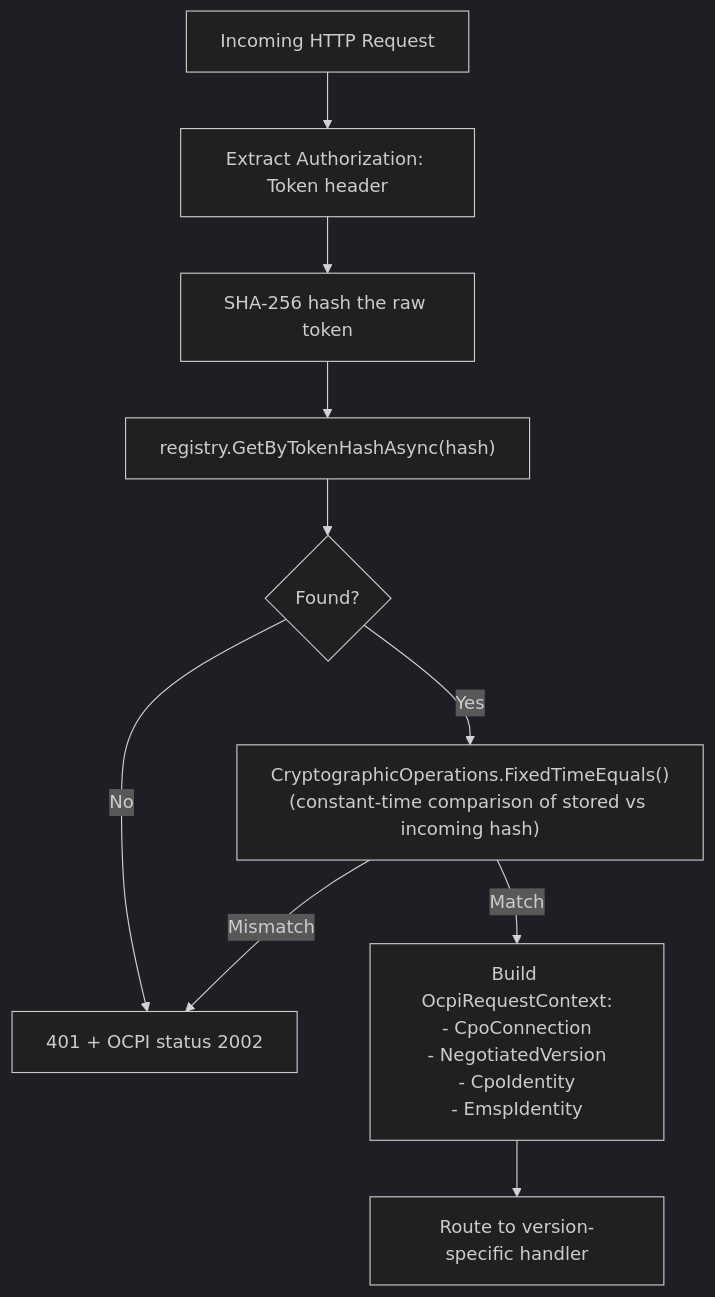
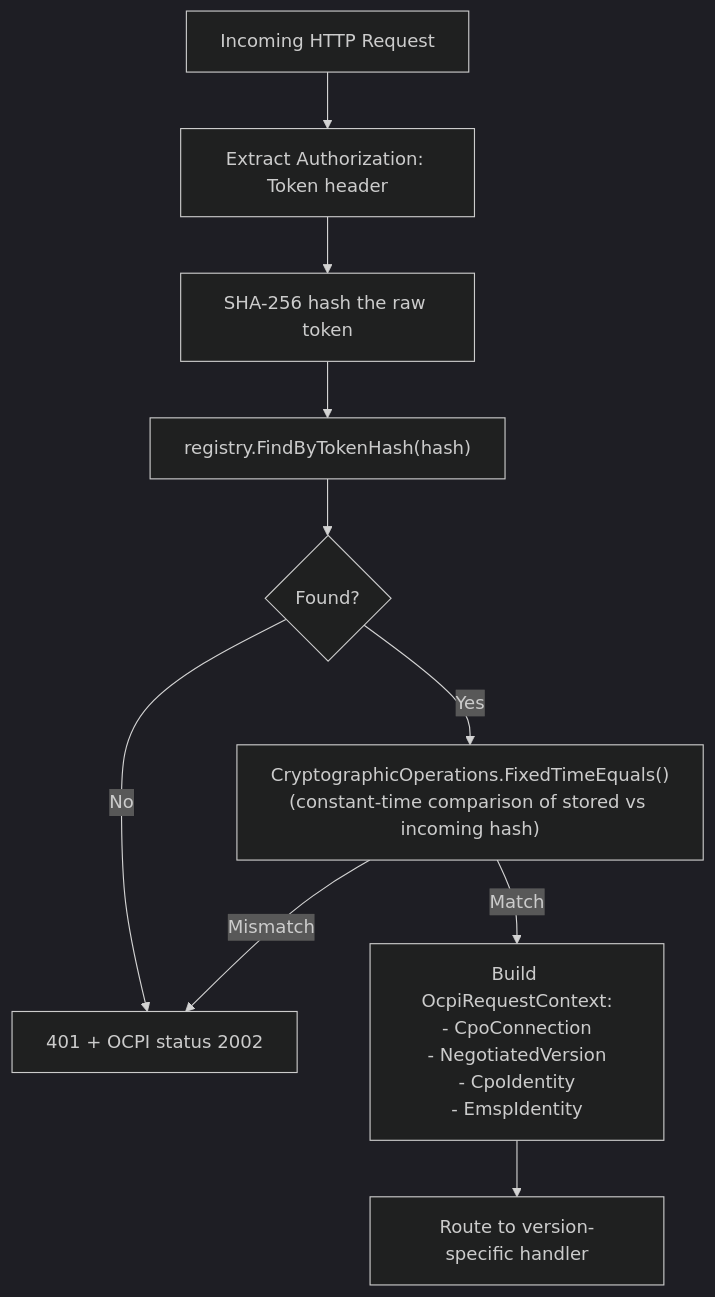
One commit to hannan-m/DotOcpi changed the third of 14 diagrams in docs/cpo-registry.md. Above: the diagram before and after it, drawn with Mermaid (dark theme). The commit also changed other lines of this file and 5 other files, not shown here.

````diff
--- a/docs/cpo-registry.md
+++ b/docs/cpo-registry.md
@@ -136,12 +133,12 @@
 ```mermaid
 graph TD
     Req[Incoming HTTP Request] --> Extract["Extract Authorization: Token header"]
     Extract --> Hash["SHA-256 hash the raw token"]
-    Hash --> Lookup["registry.GetByTokenHashAsync(hash)"]
+    Hash --> Lookup["registry.FindByTokenHash(hash)"]
     Lookup --> Found{Found?}
     Found -->|No| Reject["401 + OCPI status 2002"]
     Found -->|Yes| Validate["CryptographicOperations.FixedTimeEquals()<br/>(constant-time comparison of stored vs incoming hash)"]
     Validate -->|Mismatch| Reject
     Validate -->|Match| Context["Build OcpiRequestContext:<br/>- CpoConnection<br/>- NegotiatedVersion<br/>- CpoIdentity<br/>- EmspIdentity"]
     Context --> Handler["Route to version-specific handler"]
 ```
````
